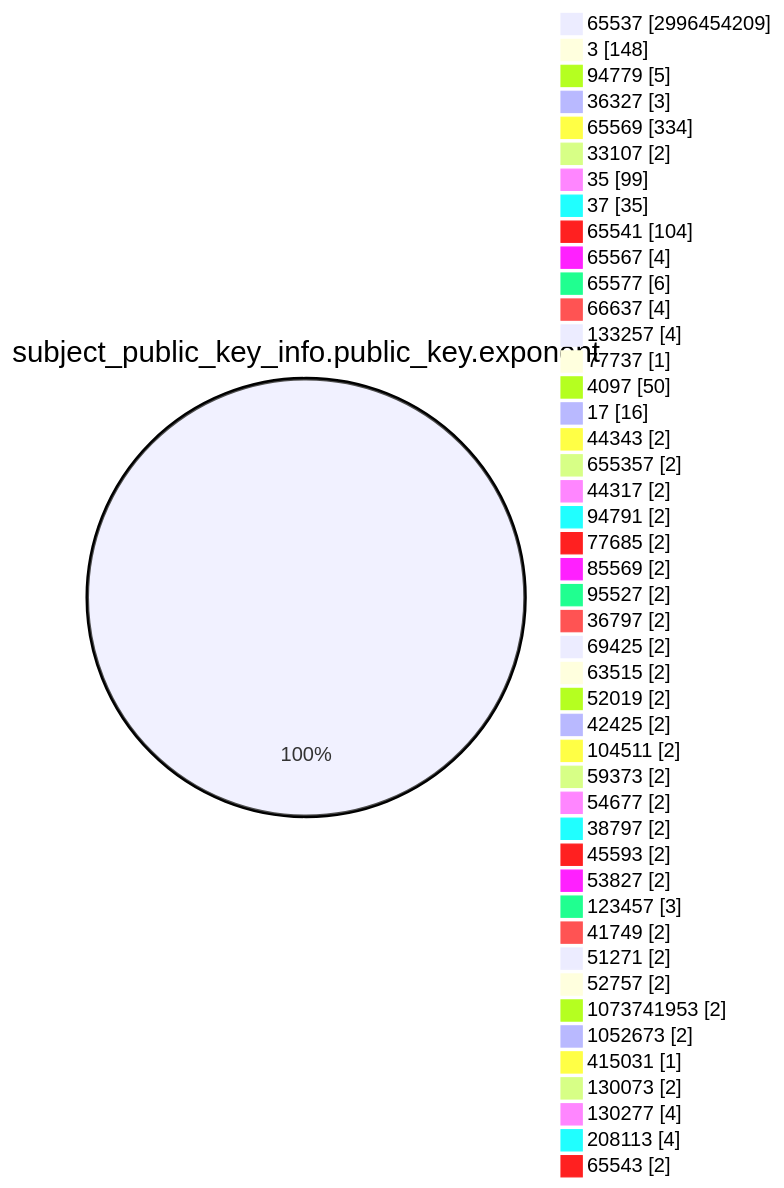
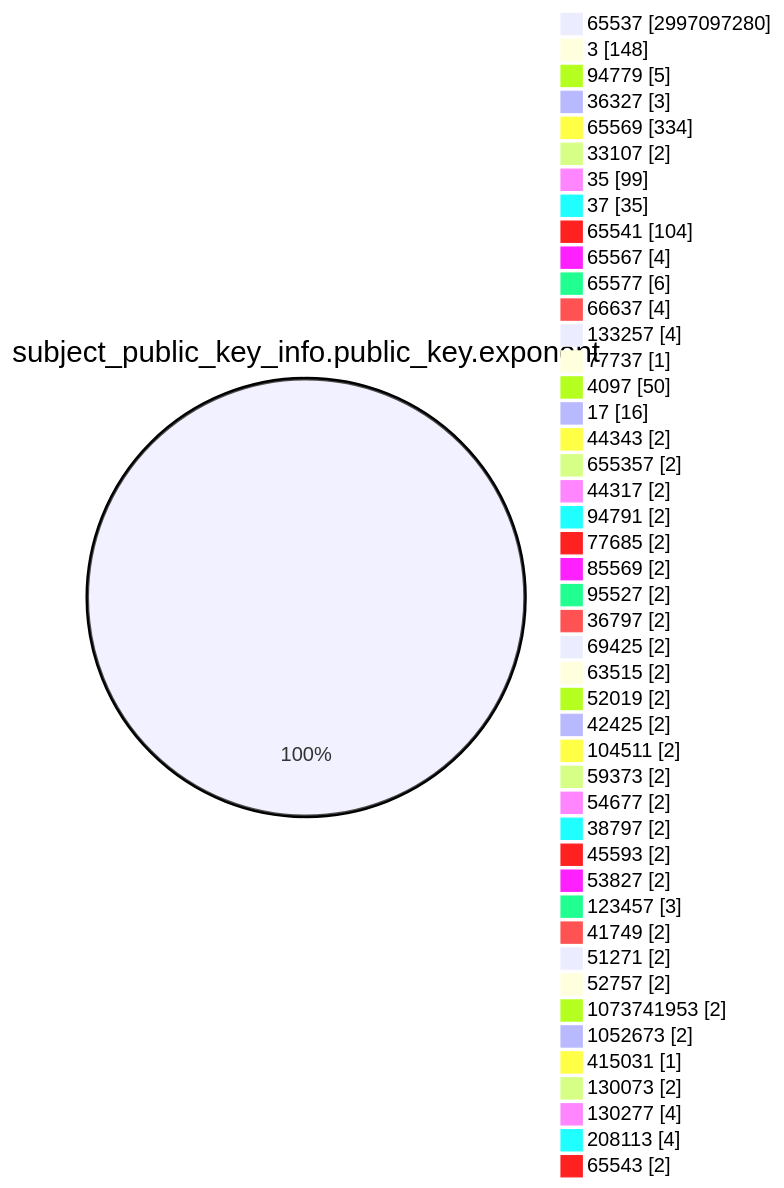
Before and after one commit to christiankrug/ctmonitor_visualization: the fourth of 15 diagrams in TOTAL/README.md, drawn with Mermaid. The commit also changed other lines of this file, not shown here.

````diff
--- a/TOTAL/README.md
+++ b/TOTAL/README.md
@@ -1472,49 +1472,49 @@
 ```mermaid
 pie showData
 title subject_public_key_info.public_key.exponent
-"65537" :2996454209
+"65537" :2997097280
 "3" :148
 "94779" :5
 "36327" :3
 "65569" :334
 "33107" :2
 "35" :99
 "37" :35
 "65541" :104
 "65567" :4
 "65577" :6
 "66637" :4
 "133257" :4
 "77737" :1
 "4097" :50
 "17" :16
 "44343" :2
 "655357" :2
 "44317" :2
 "94791" :2
 "77685" :2
 "85569" :2
 "95527" :2
 "36797" :2
 "69425" :2
 "63515" :2
 "52019" :2
 "42425" :2
 "104511" :2
 "59373" :2
 "54677" :2
 "38797" :2
 "45593" :2
 "53827" :2
 "123457" :3
 "41749" :2
 "51271" :2
 "52757" :2
 "1073741953" :2
 "1052673" :2
 "415031" :1
 "130073" :2
 "130277" :4
 "208113" :4
 "65543" :2
 ```
````
